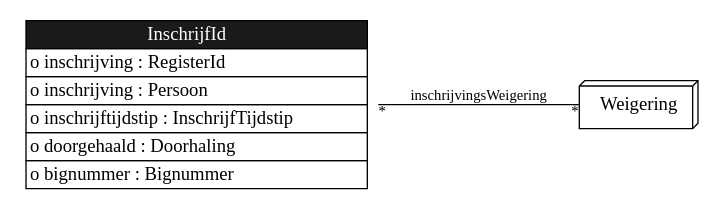
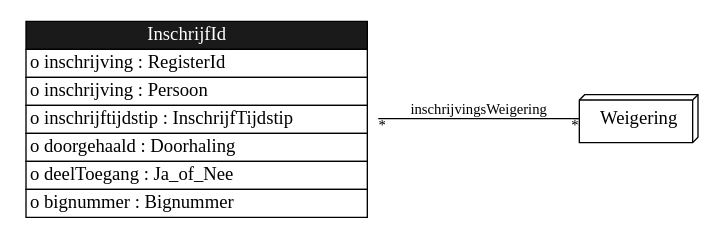
Before and after one commit to gedelaar/BIG: the diagram in docs/images/CDPatternWeigering.gv, drawn with Graphviz. The commit also changed 56 other files, not shown here.

```diff
--- a/docs/images/CDPatternWeigering.gv
+++ b/docs/images/CDPatternWeigering.gv
@@ -1,19 +1,19 @@
 digraph {
 	graph [bgcolor=white,
 		rankdir=LR
 	];
 	node [label="\N"];
 	edge [fontsize=11,
 		minlen=4
 	];
 	InschrijfId	[color=purple,
-		label=<<TABLE BGCOLOR="white" COLOR="black" BORDER="0" CELLBORDER="1" CELLSPACING="0"><TR><TD BGCOLOR="gray10" COLOR="black"><FONT COLOR="white">InschrijfId</FONT></TD></TR><TR><TD ALIGN="LEFT" PORT="inschrijving">o inschrijving : RegisterId</TD></TR><TR><TD ALIGN="LEFT" PORT="inschrijving">o inschrijving : Persoon</TD></TR><TR><TD ALIGN="LEFT" PORT="inschrijftijdstip">o inschrijftijdstip : InschrijfTijdstip</TD></TR><TR><TD ALIGN="LEFT" PORT="doorgehaald">o doorgehaald : Doorhaling</TD></TR><TR><TD ALIGN="LEFT" PORT="bignummer">o bignummer : Bignummer</TD></TR></TABLE>>,
+		label=<<TABLE BGCOLOR="white" COLOR="black" BORDER="0" CELLBORDER="1" CELLSPACING="0"><TR><TD BGCOLOR="gray10" COLOR="black"><FONT COLOR="white">InschrijfId</FONT></TD></TR><TR><TD ALIGN="LEFT" PORT="inschrijving">o inschrijving : RegisterId</TD></TR><TR><TD ALIGN="LEFT" PORT="inschrijving">o inschrijving : Persoon</TD></TR><TR><TD ALIGN="LEFT" PORT="inschrijftijdstip">o inschrijftijdstip : InschrijfTijdstip</TD></TR><TR><TD ALIGN="LEFT" PORT="doorgehaald">o doorgehaald : Doorhaling</TD></TR><TR><TD ALIGN="LEFT" PORT="deelToegang">o deelToegang : Ja_of_Nee</TD></TR><TR><TD ALIGN="LEFT" PORT="bignummer">o bignummer : Bignummer</TD></TR></TABLE>>,
 		shape=plaintext];
 	Weigering	[label=Weigering,
 		shape=box3d];
 	InschrijfId:inschrijvingsWeigering -> Weigering	[arrowhead=onone,
 		headlabel="*",
 		label=inschrijvingsWeigering,
 		labelfloat=true,
 		taillabel="*"];
 }
```
